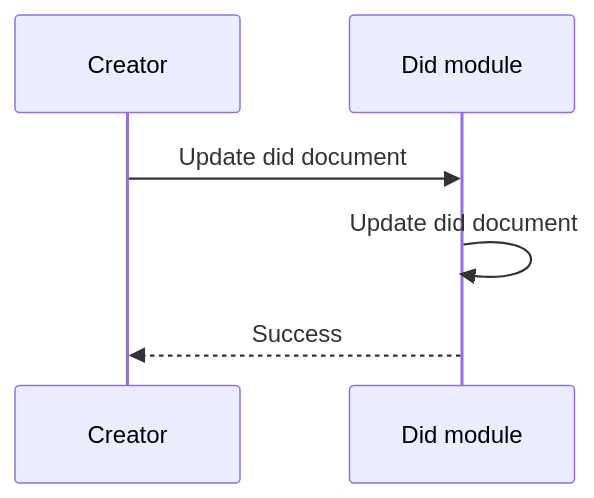
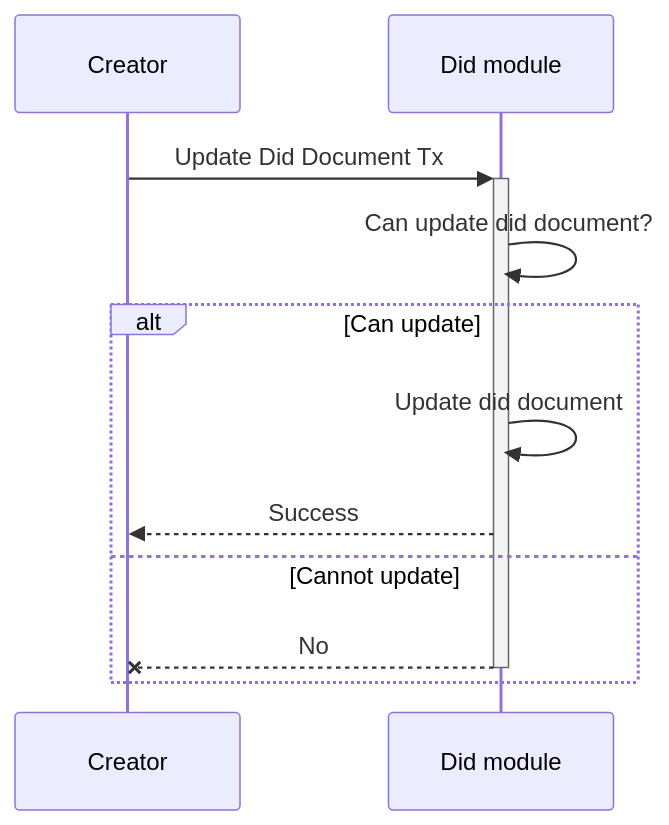
Before and after one commit to MANTRA-Chain/mantrachain: the second of 9 diagrams in x/did/spec/01_txs_flows.md, drawn with Mermaid. The commit also changed other lines of this file and 12 other files, not shown here.

Commit message:
docs: add update txs flows docs

````diff
--- a/x/did/spec/01_txs_flows.md
+++ b/x/did/spec/01_txs_flows.md
@@ -24,6 +22,11 @@
 ```mermaid
 sequenceDiagram
-Creator ->> Did module: Update did document
-Did module->>Did module: Update did document
-Did module-->> Creator: Success
+Creator->>+Did module: Update Did Document Tx
+Did module->>Did module: Can update did document?
+alt Can update
+  Did module->>Did module: Update did document
+  Did module-->>Creator: Success
+else Cannot update
+  Did module--x-Creator: No
+end
 ```
````
